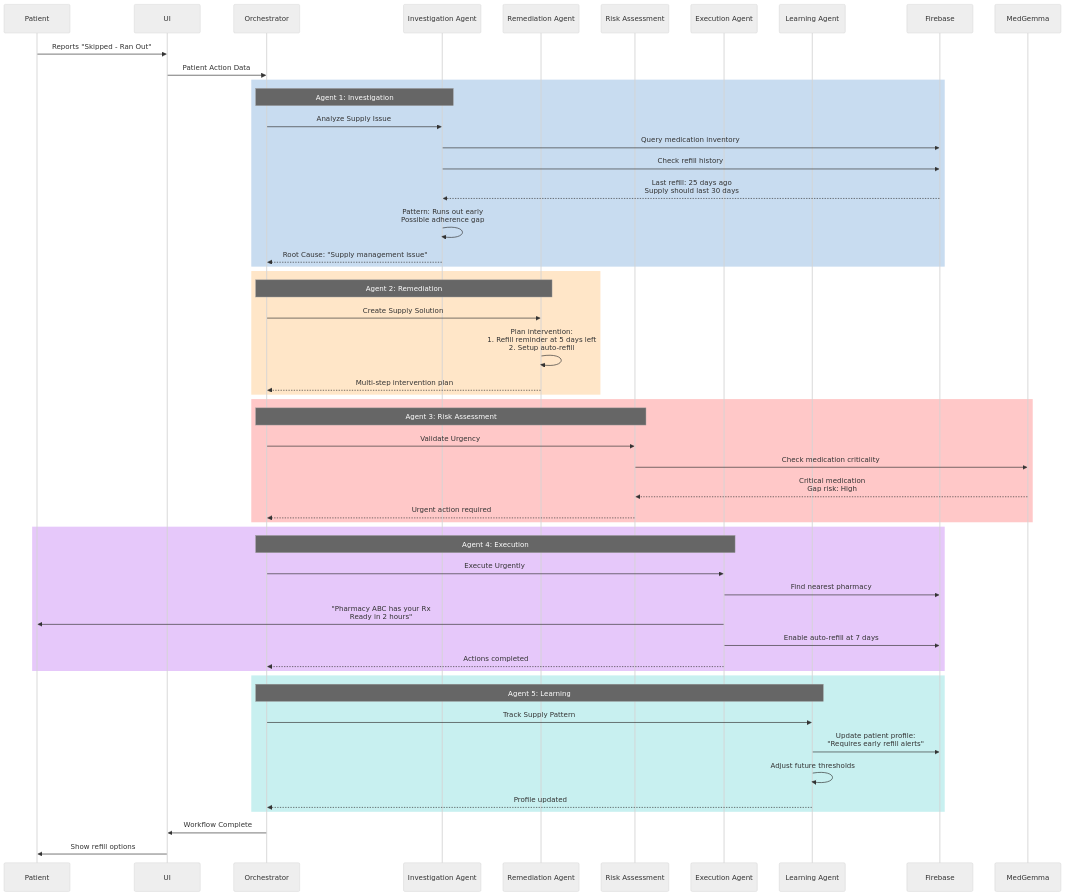
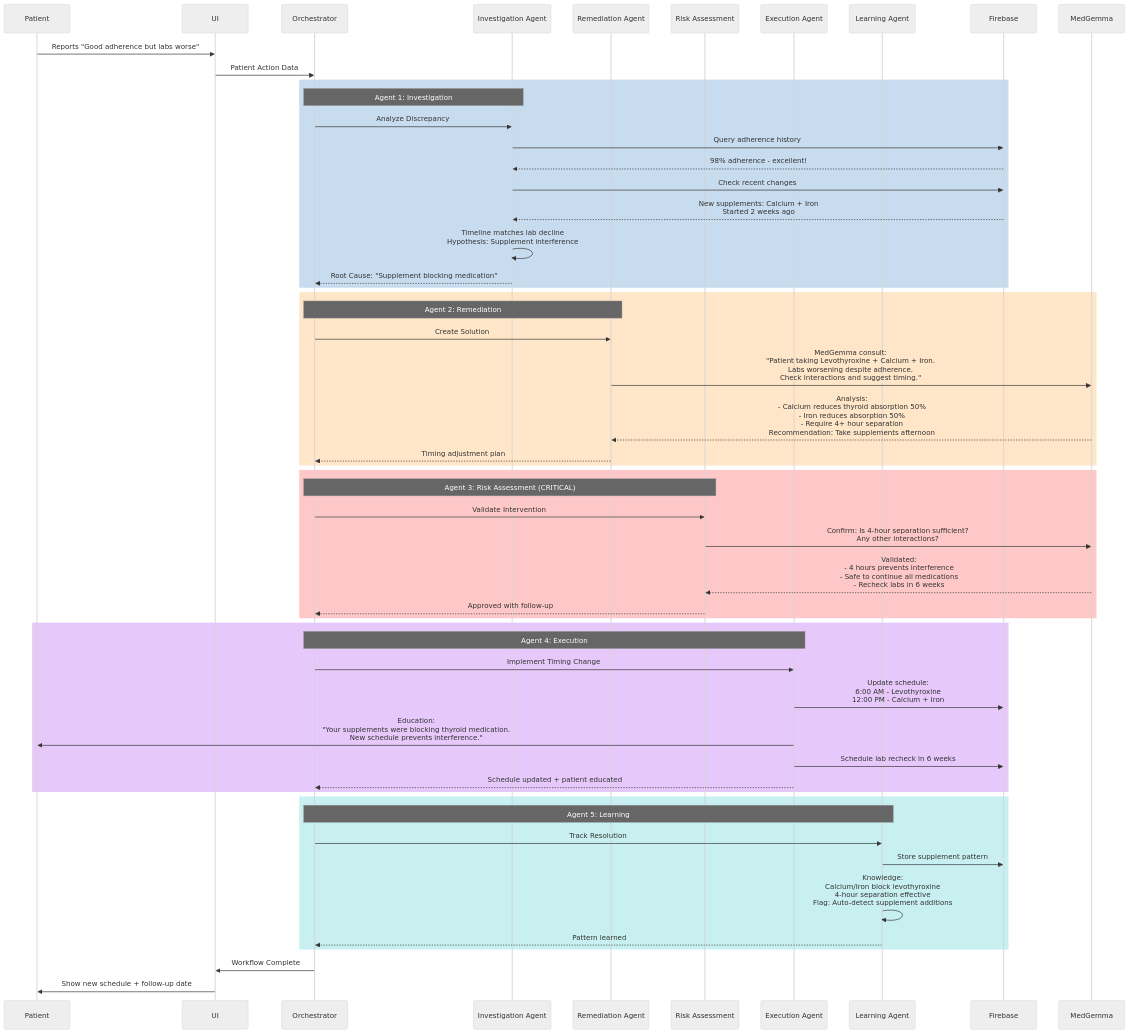
Before and after one commit to raghulresearcher/kaggle_comp_medgemma: the fourth of 8 diagrams in docs/AGENTIC_FLOWS.md, drawn with Mermaid (neutral theme). The commit also changed other lines of this file and 10 other files, not shown here.

First line of the commit message:
Feature: Replace scenarios with Timing Conflict & Supplement Interference

````diff
--- a/docs/AGENTIC_FLOWS.md
+++ b/docs/AGENTIC_FLOWS.md
@@ -132,61 +141,63 @@
 ```mermaid
 sequenceDiagram
     participant Patient
     participant UI
     participant Orch as Orchestrator
     participant Inv as Investigation Agent
     participant Rem as Remediation Agent
     participant Risk as Risk Assessment
     participant Exec as Execution Agent
     participant Learn as Learning Agent
     participant DB as Firebase
     participant AI as MedGemma
 
-    Patient->>UI: Reports "Skipped - Ran Out"
+    Patient->>UI: Reports "Good adherence but labs worse"
     UI->>Orch: Patient Action Data
     
     rect rgb(200, 220, 240)
         Note over Orch,Inv: Agent 1: Investigation
-        Orch->>Inv: Analyze Supply Issue
-        Inv->>DB: Query medication inventory
-        Inv->>DB: Check refill history
-        DB-->>Inv: Last refill: 25 days ago<br/>Supply should last 30 days
-        Inv->>Inv: Pattern: Runs out early<br/>Possible adherence gap
-        Inv-->>Orch: Root Cause: "Supply management issue"
+        Orch->>Inv: Analyze Discrepancy
+        Inv->>DB: Query adherence history
+        DB-->>Inv: 98% adherence - excellent!
+        Inv->>DB: Check recent changes
+        DB-->>Inv: New supplements: Calcium + Iron<br/>Started 2 weeks ago
+        Inv->>Inv: Timeline matches lab decline<br/>Hypothesis: Supplement interference
+        Inv-->>Orch: Root Cause: "Supplement blocking medication"
     end
     
     rect rgb(255, 230, 200)
         Note over Orch,Rem: Agent 2: Remediation
-        Orch->>Rem: Create Supply Solution
-        Rem->>Rem: Plan intervention:<br/>1. Refill reminder at 5 days left<br/>2. Setup auto-refill
-        Rem-->>Orch: Multi-step intervention plan
+        Orch->>Rem: Create Solution
+        Rem->>AI: MedGemma consult:<br/>"Patient taking Levothyroxine + Calcium + Iron.<br/>Labs worsening despite adherence.<br/>Check interactions and suggest timing."
+        AI-->>Rem: Analysis:<br/>- Calcium reduces thyroid absorption 50%<br/>- Iron reduces absorption 50%<br/>- Require 4+ hour separation<br/>Recommendation: Take supplements afternoon
+        Rem-->>Orch: Timing adjustment plan
     end
     
     rect rgb(255, 200, 200)
-        Note over Orch,Risk: Agent 3: Risk Assessment
-        Orch->>Risk: Validate Urgency
-        Risk->>AI: Check medication criticality
-        AI-->>Risk: Critical medication<br/>Gap risk: High
-        Risk-->>Orch: Urgent action required
+        Note over Orch,Risk: Agent 3: Risk Assessment (CRITICAL)
+        Orch->>Risk: Validate Intervention
+        Risk->>AI: Confirm: Is 4-hour separation sufficient?<br/>Any other interactions?
+        AI-->>Risk: Validated:<br/>- 4 hours prevents interference<br/>- Safe to continue all medications<br/>- Recheck labs in 6 weeks
+        Risk-->>Orch: Approved with follow-up
     end
     
     rect rgb(230, 200, 250)
         Note over Orch,Exec: Agent 4: Execution
-        Orch->>Exec: Execute Urgently
-        Exec->>DB: Find nearest pharmacy
-        Exec->>Patient: "Pharmacy ABC has your Rx<br/>Ready in 2 hours"
-        Exec->>DB: Enable auto-refill at 7 days
-        Exec-->>Orch: Actions completed
+        Orch->>Exec: Implement Timing Change
+        Exec->>DB: Update schedule:<br/>6:00 AM - Levothyroxine<br/>12:00 PM - Calcium + Iron
+        Exec->>Patient: Education:<br/>"Your supplements were blocking thyroid medication.<br/>New schedule prevents interference."
+        Exec->>DB: Schedule lab recheck in 6 weeks
+        Exec-->>Orch: Schedule updated + patient educated
     end
     
     rect rgb(200, 240, 240)
         Note over Orch,Learn: Agent 5: Learning
-        Orch->>Learn: Track Supply Pattern
-        Learn->>DB: Update patient profile:<br/>"Requires early refill alerts"
-        Learn->>Learn: Adjust future thresholds
-        Learn-->>Orch: Profile updated
+        Orch->>Learn: Track Resolution
+        Learn->>DB: Store supplement pattern
+        Learn->>Learn: Knowledge:<br/>Calcium/Iron block levothyroxine<br/>4-hour separation effective<br/>Flag: Auto-detect supplement additions
+        Learn-->>Orch: Pattern learned
     end
     
     Orch->>UI: Workflow Complete
-    UI->>Patient: Show refill options
+    UI->>Patient: Show new schedule + follow-up date
 ```
````
